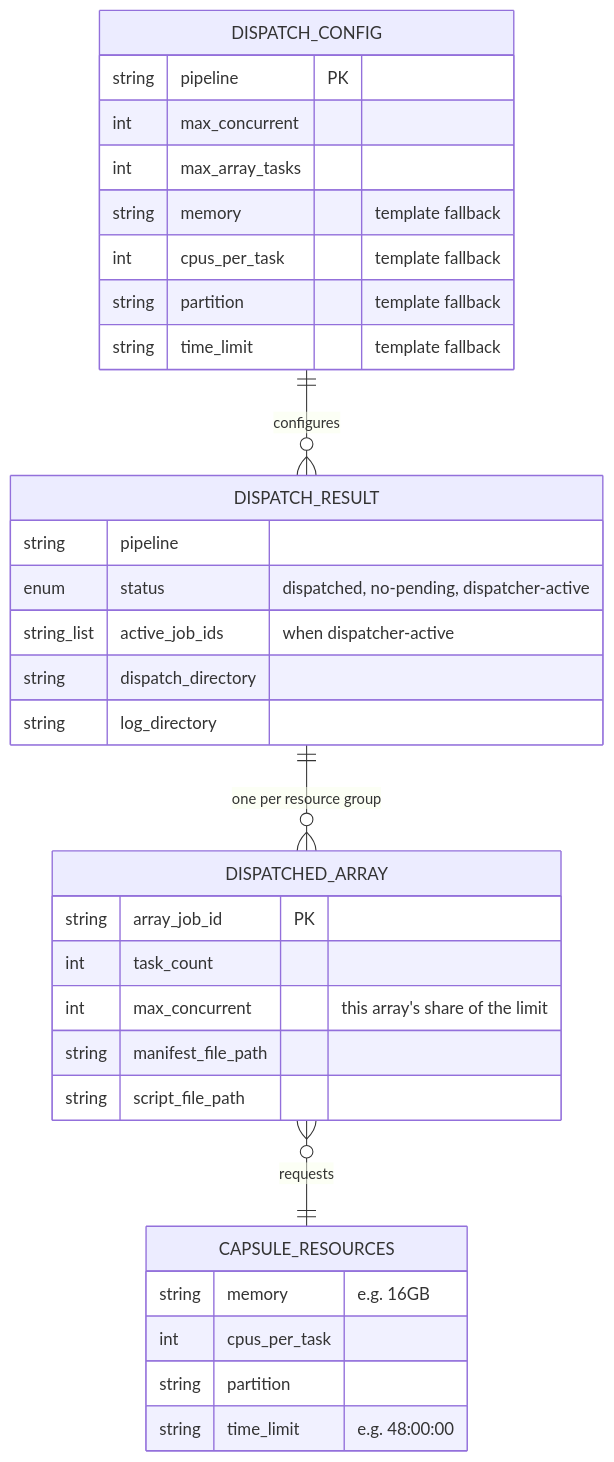
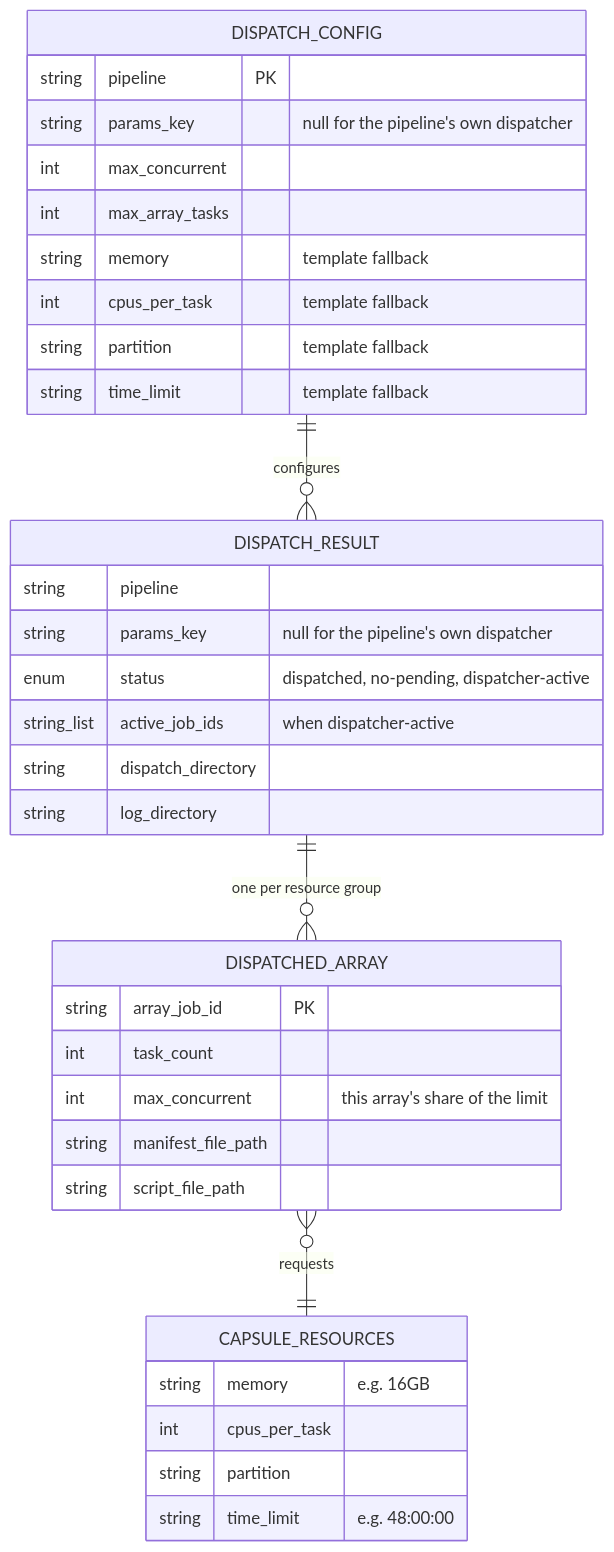
The fifth of 5 diagrams in docs/data_model.md (dandi-compute/dandi-compute-core), drawn with Mermaid before and after one commit. The commit also changed other lines of this file and 28 other files, not shown here.

````diff
--- a/docs/data_model.md
+++ b/docs/data_model.md
@@ -179,35 +188,37 @@
 ```mermaid
 erDiagram
     DISPATCH_CONFIG {
         string pipeline PK
+        string params_key "null for the pipeline's own dispatcher"
         int max_concurrent
         int max_array_tasks
         string memory "template fallback"
         int cpus_per_task "template fallback"
         string partition "template fallback"
         string time_limit "template fallback"
     }
     DISPATCH_RESULT {
         string pipeline
+        string params_key "null for the pipeline's own dispatcher"
         enum status "dispatched, no-pending, dispatcher-active"
         string_list active_job_ids "when dispatcher-active"
         string dispatch_directory
         string log_directory
     }
     DISPATCHED_ARRAY {
         string array_job_id PK
         int task_count
         int max_concurrent "this array's share of the limit"
         string manifest_file_path
         string script_file_path
     }
     CAPSULE_RESOURCES {
         string memory "e.g. 16GB"
         int cpus_per_task
         string partition
         string time_limit "e.g. 48:00:00"
     }
     DISPATCH_CONFIG ||--o{ DISPATCH_RESULT : "configures"
     DISPATCH_RESULT ||--o{ DISPATCHED_ARRAY : "one per resource group"
     DISPATCHED_ARRAY }o--|| CAPSULE_RESOURCES : "requests"
 ```
````
